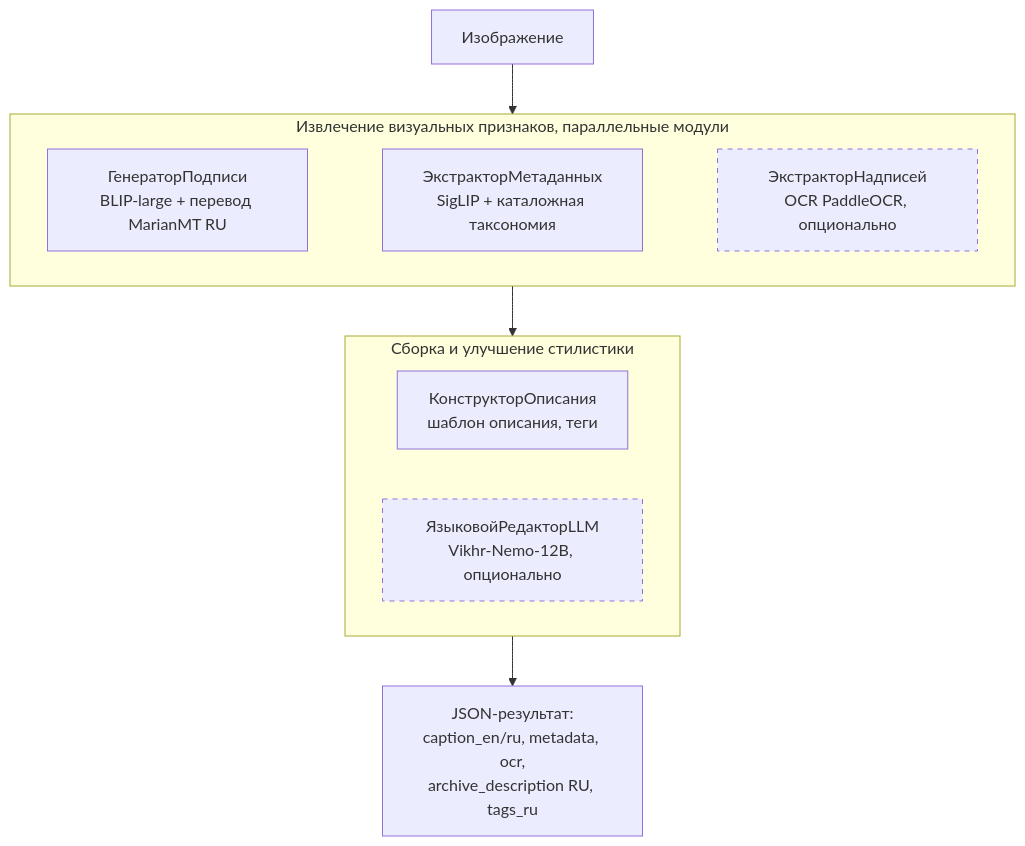
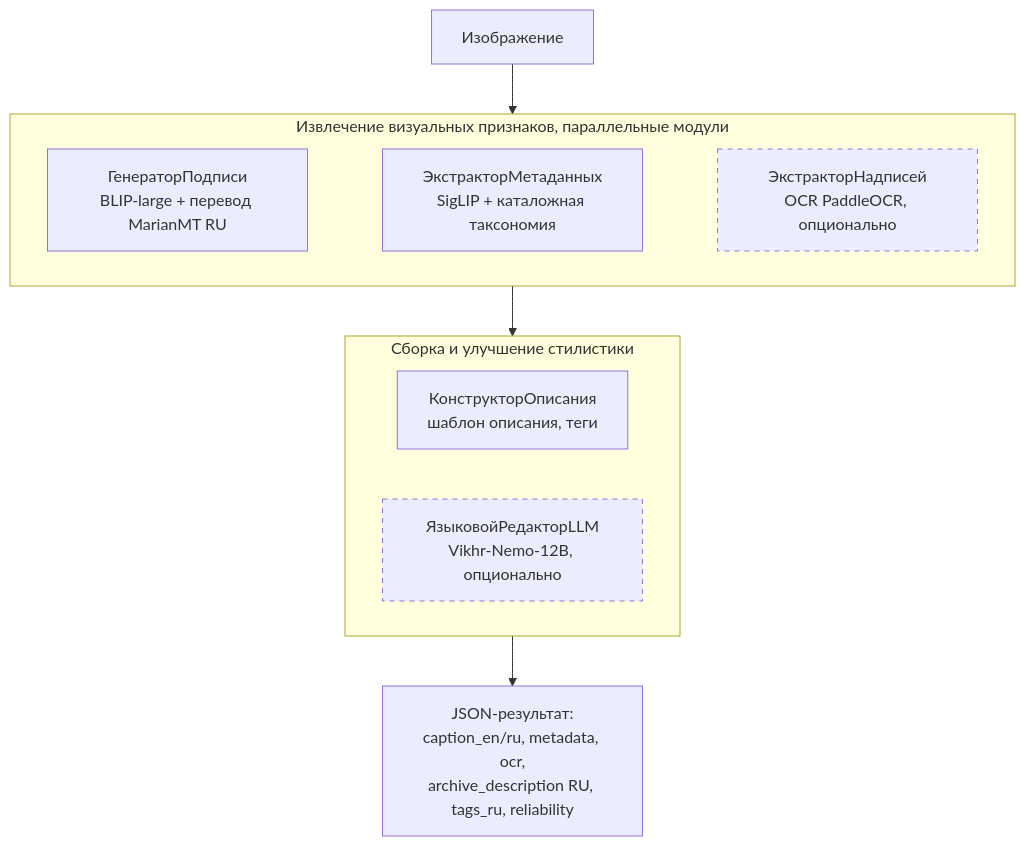
One commit to azat-khatyn/tsu-image-description changed the diagram in README.md. Above: the diagram before and after it, drawn with Mermaid. The commit also changed other lines of this file, not shown here.

Commit message:
updated scheme

````diff
--- a/README.md
+++ b/README.md
@@ -33,26 +33,26 @@
 ```mermaid
 flowchart TD
     IMG[Изображение]
 
     subgraph REC [Извлечение визуальных признаков, параллельные модули]
         direction LR
         BLIP[ГенераторПодписи<br/>BLIP-large + перевод MarianMT RU]
         SigLIP[ЭкстракторМетаданных<br/>SigLIP + каталожная таксономия]
         OCR[ЭкстракторНадписей<br/>OCR PaddleOCR, опционально]
         BLIP ~~~ SigLIP ~~~ OCR
     end
 
     subgraph SEM [Сборка и улучшение стилистики]
         BUILD[КонструкторОписания<br/>шаблон описания, теги]
         LLM[ЯзыковойРедакторLLM<br/>Vikhr-Nemo-12B, опционально]
     end
-    OUT[JSON-результат:<br/>caption_en/ru, metadata, ocr,<br/>archive_description RU, tags_ru]
+    OUT[JSON-результат:<br/>caption_en/ru, metadata, ocr,<br/>archive_description RU, tags_ru, reliability]
 
     IMG --> REC
     REC --> SEM
     SEM --> OUT
 
     %% опциональные компоненты — пунктирная рамка
     style OCR stroke-dasharray: 5 5
     style LLM stroke-dasharray: 5 5
 ```
````
